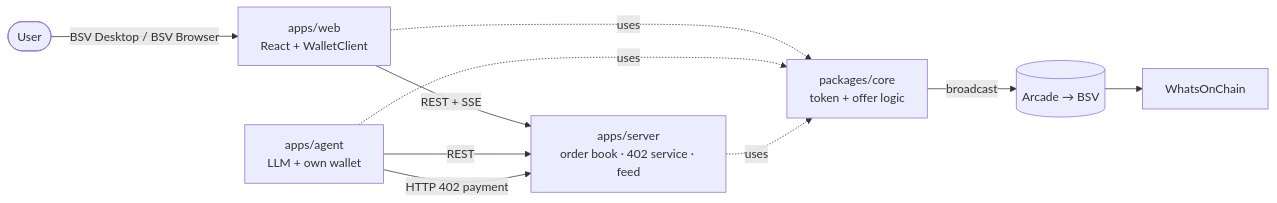
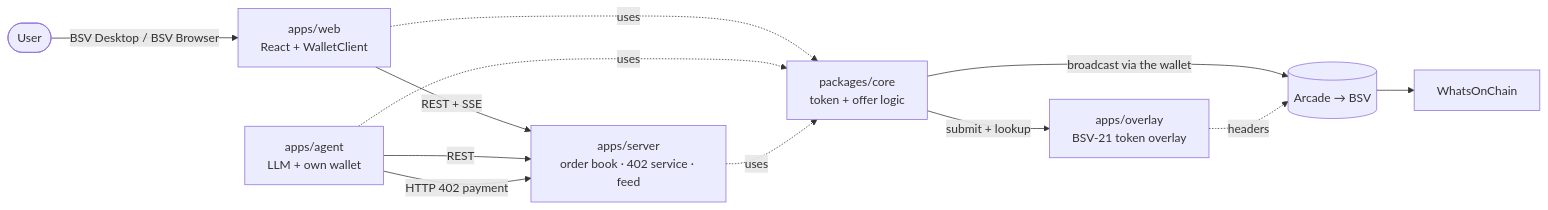
The first of 2 diagrams in docs/ARCHITECTURE.md (NotBot-Computer/flashcrowd), drawn with Mermaid before and after one commit. The commit also changed other lines of this file and 2 other files, not shown here.

First line of the commit message:
Document the agreed core design and the BSV-21 overlay (#8)

````diff
--- a/docs/ARCHITECTURE.md
+++ b/docs/ARCHITECTURE.md
@@ -7,12 +7,14 @@
 ```mermaid
 flowchart LR
   user([User]) -->|BSV Desktop / BSV Browser| web[apps/web<br/>React + WalletClient]
   web -->|REST + SSE| server[apps/server<br/>order book · 402 service · feed]
   agent[apps/agent<br/>LLM + own wallet] -->|REST| server
   agent -->|HTTP 402 payment| server
   web -.uses.-> core[packages/core<br/>token + offer logic]
   agent -.uses.-> core
   server -.uses.-> core
-  core -->|broadcast| arcade[(Arcade → BSV)]
+  core -->|submit + lookup| overlay[apps/overlay<br/>BSV-21 token overlay]
+  core -->|broadcast via the wallet| arcade[(Arcade → BSV)]
+  overlay -.headers.-> arcade
   arcade --> woc[WhatsOnChain]
 ```
````
